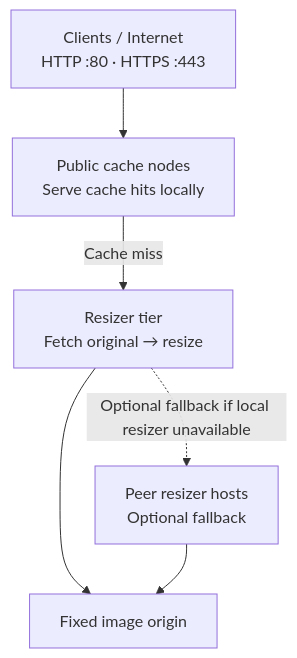
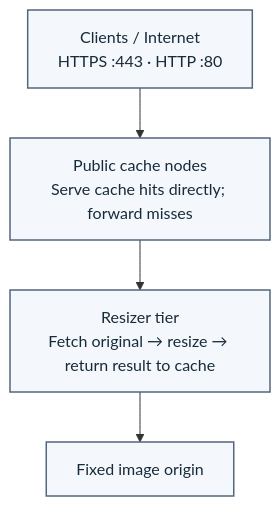
Before and after one commit to SteadyInfraTech/nginx-image-resizer: the diagram in README.md, drawn with Mermaid. The commit also changed other lines of this file, not shown here.

Commit message:
Simplify scaled-out architecture diagram

````diff
--- a/README.md
+++ b/README.md
@@ -56,14 +56,12 @@
 ```mermaid
-flowchart TD
-    C["Clients / Internet<br/>HTTP :80 · HTTPS :443"]
-    K["Public cache nodes<br/>Serve cache hits locally"]
-    R["Resizer tier<br/>Fetch original → resize"]
-    O["Fixed image origin"]
-    P["Peer resizer hosts<br/>Optional fallback"]
+flowchart TB
+    A["Clients / Internet<br/>HTTPS :443 · HTTP :80"]
+    B["Public cache nodes<br/>Serve cache hits directly; forward misses"]
+    C["Resizer tier<br/>Fetch original → resize → return result to cache"]
+    D["Fixed image origin"]
 
-    C --> K
-    K -->|"Cache miss"| R
-    R --> O
-    R -. "Optional fallback if local resizer unavailable" .-> P
-    P --> O
+    A --> B --> C --> D
+
+    classDef tier fill:#f4f7fb,stroke:#53677d,color:#172b3a,stroke-width:1.5px;
+    class A,B,C,D tier;
 ```
````
